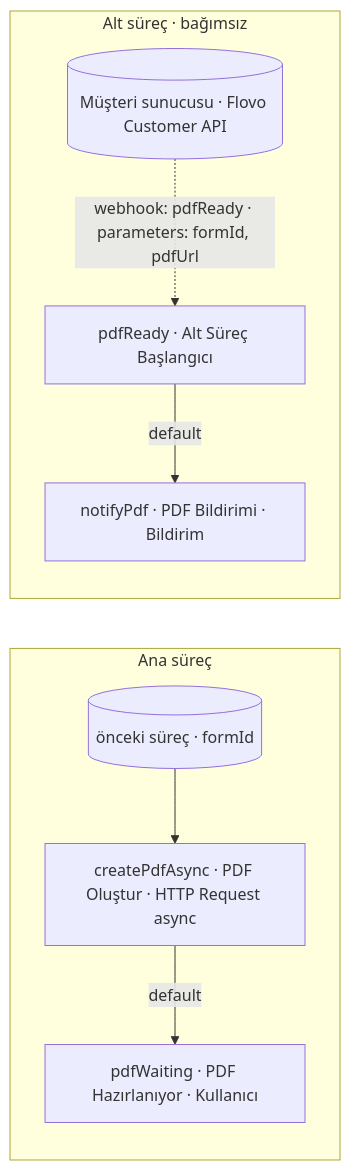
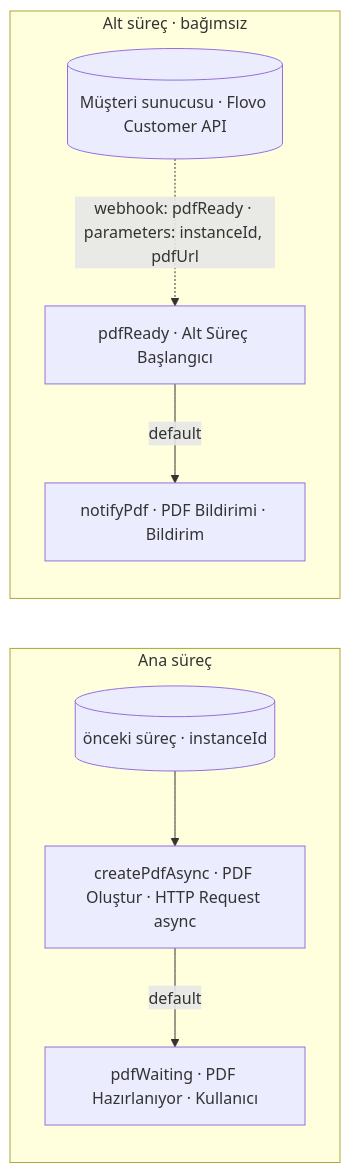
The diagram in bpmEngine/sampleProcess/createPdfAsync/process.md (hiveteamsai/flovo-bpm-doc), drawn with Mermaid before and after one commit. The commit also changed other lines of this file and 60 other files, not shown here.

Commit message:
v0.7 — Runtime/iş-kuralı model adları (ProcessInstance·Instance·BusinessRule), Service.formType, models/enums/ + enum kod normalizasyonu & tutarlılık denetimi

````diff
--- a/bpmEngine/sampleProcess/createPdfAsync/process.md
+++ b/bpmEngine/sampleProcess/createPdfAsync/process.md
@@ -17,11 +17,11 @@
 ```mermaid
 flowchart LR
   subgraph main[Ana süreç]
-    prev[(önceki süreç · formId)] --> pdf[createPdfAsync · PDF Oluştur · HTTP Request async]
+    prev[(önceki süreç · instanceId)] --> pdf[createPdfAsync · PDF Oluştur · HTTP Request async]
     pdf -->|default| wait[pdfWaiting · PDF Hazırlanıyor · Kullanıcı]
   end
   subgraph sub[Alt süreç · bağımsız]
-    ext[(Müşteri sunucusu · Flovo Customer API)] -. "webhook: pdfReady · parameters: formId, pdfUrl" .-> start[pdfReady · Alt Süreç Başlangıcı]
+    ext[(Müşteri sunucusu · Flovo Customer API)] -. "webhook: pdfReady · parameters: instanceId, pdfUrl" .-> start[pdfReady · Alt Süreç Başlangıcı]
     start -->|default| notify[notifyPdf · PDF Bildirimi · Bildirim]
   end
 ```
````
